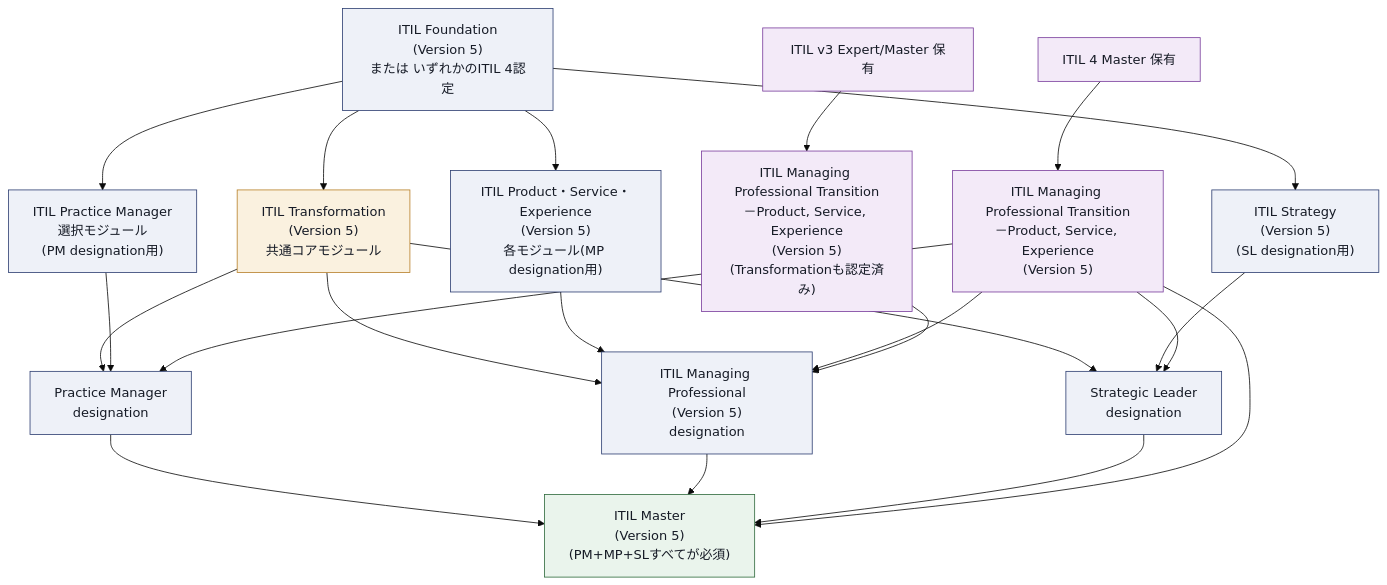
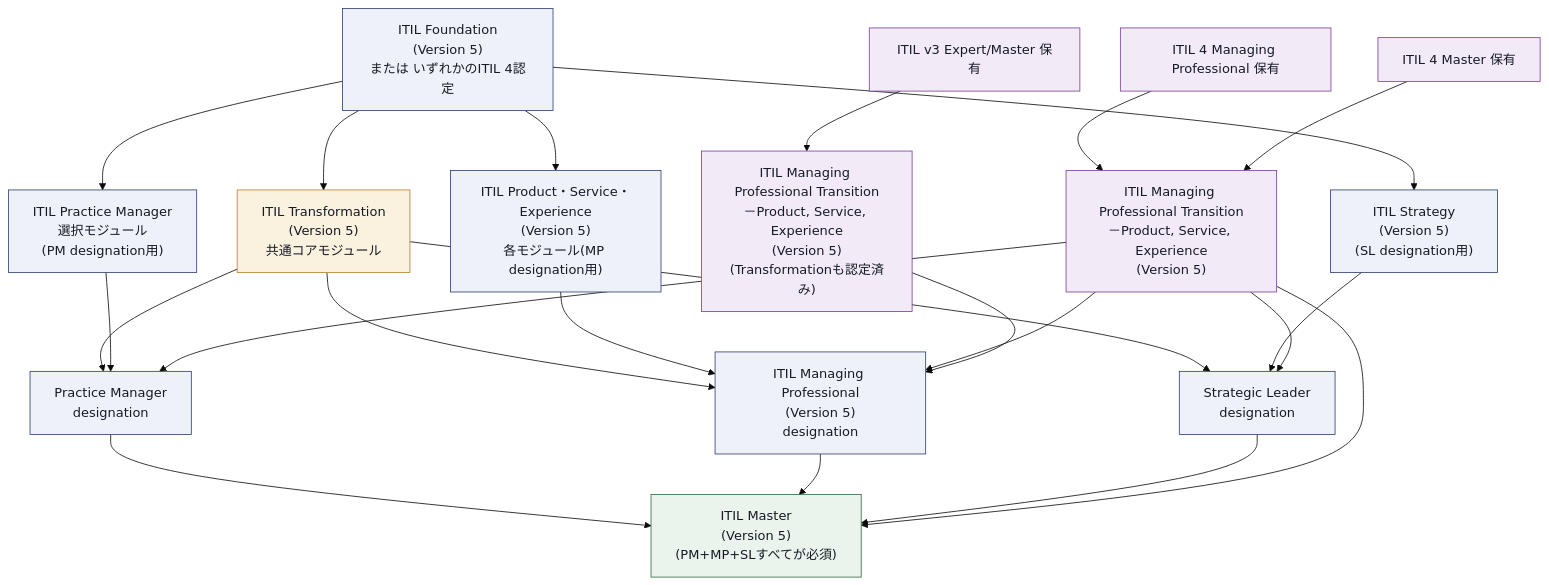
One commit to myoshi2891/Management-Team-Building-Studies changed the first of 15 diagrams in Itil-transformation-v5-study-guide.md. Above: the diagram before and after it, drawn with Mermaid (base theme). The commit also changed 2 other files, not shown here.

Commit message:
docs(itil): update transition certification paths and transformation patterns diagram

````diff
--- a/Itil-transformation-v5-study-guide.md
+++ b/Itil-transformation-v5-study-guide.md
@@ -77,35 +77,36 @@
 ```mermaid
 flowchart TD
     F["ITIL Foundation<br/>(Version 5)<br/>または いずれかのITIL 4認定"] --> T["ITIL Transformation<br/>(Version 5)<br/>共通コアモジュール"]
     F --> PSE["ITIL Product・Service・Experience<br/>(Version 5)<br/>各モジュール(MP designation用)"]
     F --> PMM["ITIL Practice Manager<br/>選択モジュール<br/>(PM designation用)"]
     F --> STRAT["ITIL Strategy<br/>(Version 5)<br/>(SL designation用)"]
     T --> PM["Practice Manager<br/>designation"]
     PMM --> PM
     T --> MP["ITIL Managing Professional<br/>(Version 5)<br/>designation"]
     PSE --> MP
     T --> SL["Strategic Leader<br/>designation"]
     STRAT --> SL
     PM --> MASTER["ITIL Master<br/>(Version 5)<br/>(PM+MP+SLすべてが必須)"]
     MP --> MASTER
     SL --> MASTER
 
-    EXIST4["ITIL 4 Master 保有"] --> MPT4["ITIL Managing Professional Transition<br/>－Product, Service, Experience<br/>(Version 5)"]
+    EXISTMP4["ITIL 4 Managing Professional 保有"] --> MPT4["ITIL Managing Professional Transition<br/>－Product, Service, Experience<br/>(Version 5)"]
+    EXIST4["ITIL 4 Master 保有"] --> MPT4
     MPT4 --> MP
     MPT4 --> PM
     MPT4 --> SL
     MPT4 --> MASTER
 
     EXISTV3["ITIL v3 Expert/Master 保有"] --> MPTV3["ITIL Managing Professional Transition<br/>－Product, Service, Experience<br/>(Version 5)<br/>(Transformationも認定済み)"]
     MPTV3 --> MP
 
     classDef box fill:#EEF1F8,stroke:#2E3F72,color:#161B26
     classDef hub fill:#FAF1DF,stroke:#B8802A,color:#161B26
     classDef alt fill:#F3EAF8,stroke:#7A3E9D,color:#161B26
     classDef done fill:#EAF4EC,stroke:#2F6B3D,color:#161B26
     class F,PSE,PMM,STRAT box
     class T hub
     class PM,MP,SL box
     class MASTER done
-    class EXIST4,MPT4,EXISTV3,MPTV3 alt
+    class EXISTMP4,EXIST4,MPT4,EXISTV3,MPTV3 alt
 ```
````
